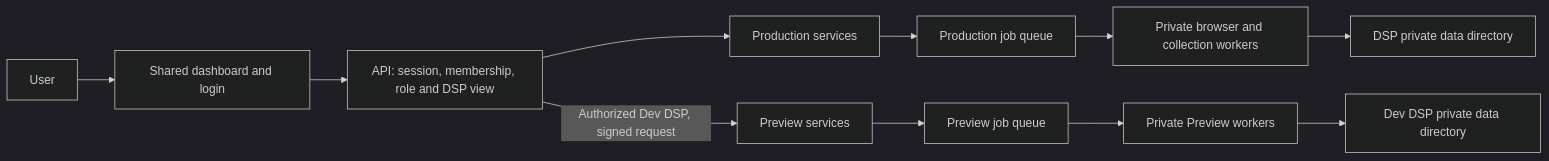
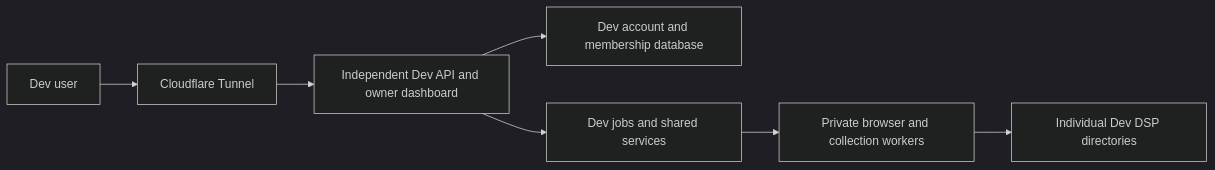
Before and after one commit to dillonlille/dispatch-platform: the diagram in docs/ARCHITECTURE.md, drawn with Mermaid (dark theme). The commit also changed other lines of this file and 42 other files, not shown here.

Commit message:
Set up independent Dev platform and verified branch updates

````diff
--- a/docs/ARCHITECTURE.md
+++ b/docs/ARCHITECTURE.md
@@ -5,13 +5,9 @@
 ```mermaid
 flowchart LR
-    U[User] --> D[Shared dashboard and login]
-    D --> A[API: session, membership, role and DSP view]
-    A --> P[Production services]
-    A -->|Authorized Dev DSP, signed request| V[Preview services]
-    P --> Q[Production job queue]
-    V --> R[Preview job queue]
+    U[Dev user] --> C[Cloudflare Tunnel]
+    C --> A[Independent Dev API and owner dashboard]
+    A --> P[Dev account and membership database]
+    A --> Q[Dev jobs and shared services]
     Q --> B[Private browser and collection workers]
-    R --> C[Private Preview workers]
-    B --> S[DSP private data directory]
-    C --> T[Dev DSP private data directory]
+    B --> S[Individual Dev DSP directories]
 ```
````
